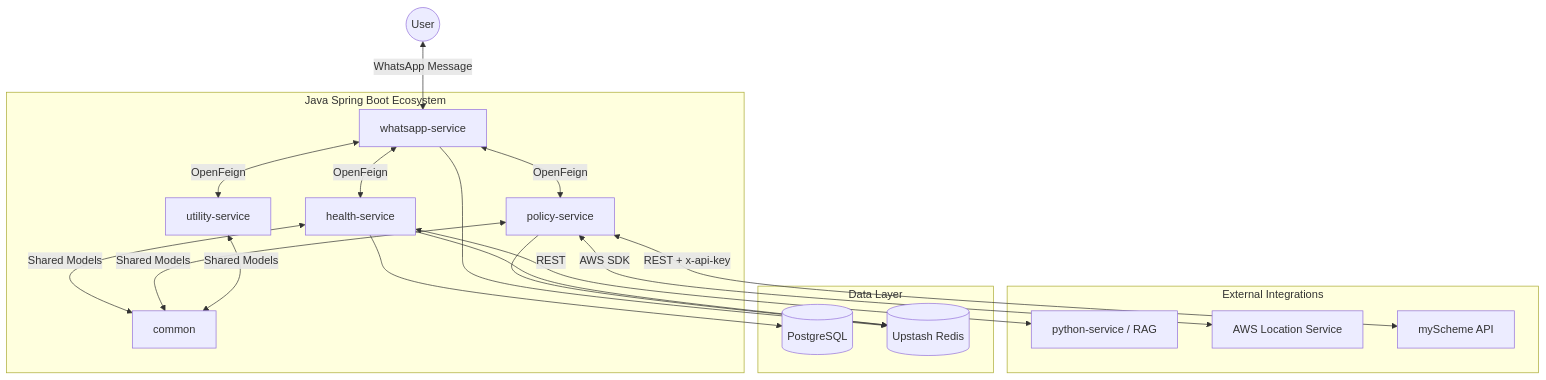
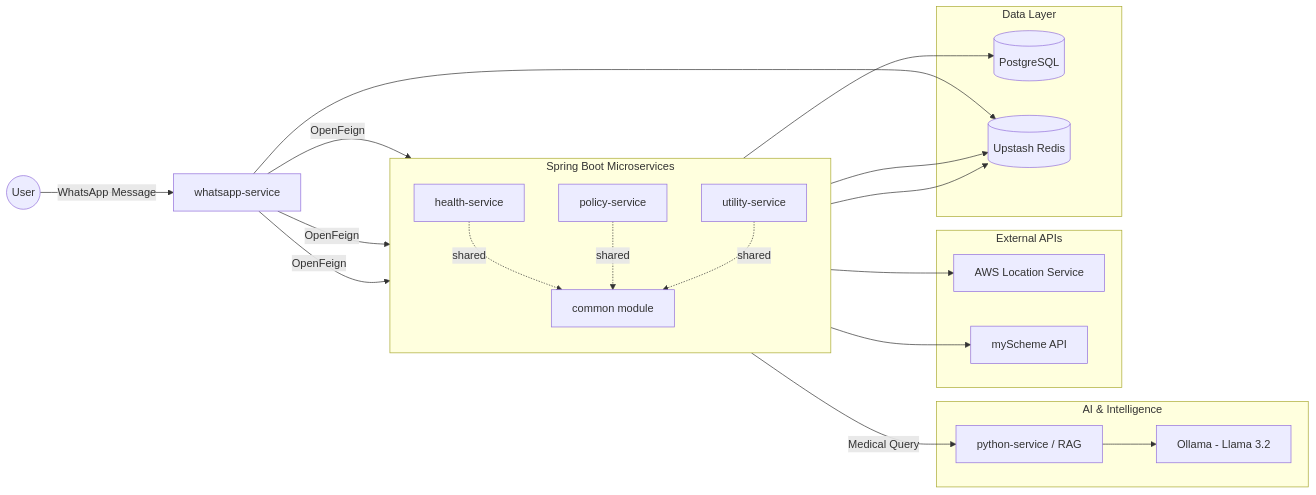
One commit to Rjram-10/whatsapp-chatbot changed the diagram in README.md. Above: the diagram before and after it, drawn with Mermaid.

Commit message:
Update architecture diagram in README.md

````diff
--- a/README.md
+++ b/README.md
@@ -11,31 +11,57 @@
 ```mermaid
-graph TD
-    User((User)) <--> |WhatsApp Message| WA[whatsapp-service]
+flowchart LR
 
-    subgraph "Java Spring Boot Ecosystem"
-        WA <--> |OpenFeign| HS[health-service]
-        WA <--> |OpenFeign| PS[policy-service]
-        WA <--> |OpenFeign| US[utility-service]
+    %% User Layer
+    U((User))
+    WA[whatsapp-service]
 
-        HS <--> |Shared Models| Common[common]
-        PS <--> |Shared Models| Common
-        US <--> |Shared Models| Common
+    U -->|WhatsApp Message| WA
+
+    %% Core Services
+    subgraph SPRING["Spring Boot Microservices"]
+        direction TB
+
+        HS[health-service]
+        PS[policy-service]
+        US[utility-service]
+        CM[common module]
     end
 
-    subgraph "External Integrations"
-        HS <--> |REST| PY[python-service / RAG]
-        PS <--> |AWS SDK| AWS[AWS Location Service]
-        PS <--> |REST + x-api-key| MSG[myScheme API]
+    WA -->|OpenFeign| HS
+    WA -->|OpenFeign| PS
+    WA -->|OpenFeign| US
+
+    HS -. shared .-> CM
+    PS -. shared .-> CM
+    US -. shared .-> CM
+
+    %% AI Layer
+    subgraph AI["AI & Intelligence"]
+        PY[python-service / RAG]
+        OLLAMA[Ollama - Llama 3.2]
     end
 
-    subgraph "Data Layer"
+    HS -->|Medical Query| PY
+    PY --> OLLAMA
+
+    %% External APIs
+    subgraph EXT["External APIs"]
+        AWS[AWS Location Service]
+        MYS[myScheme API]
+    end
+
+    PS --> AWS
+    PS --> MYS
+
+    %% Databases
+    subgraph DATA["Data Layer"]
         PG[(PostgreSQL)]
         REDIS[(Upstash Redis)]
     end
 
     HS --> PG
 
     WA --> REDIS
+    HS --> REDIS
     PS --> REDIS
-    HS --> REDIS
 ```
````
